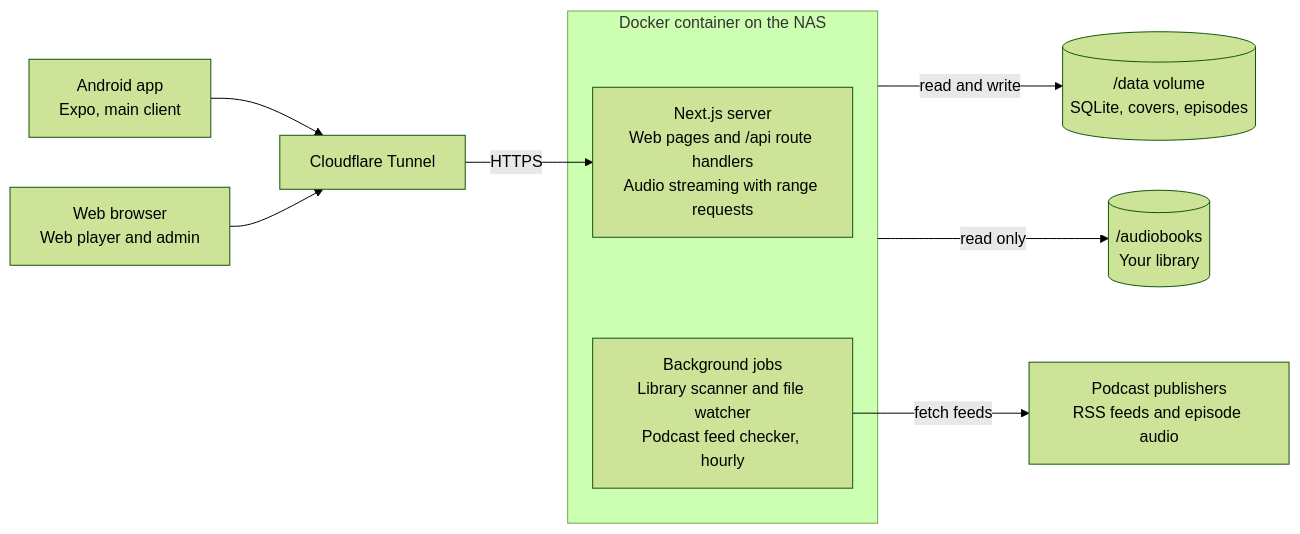
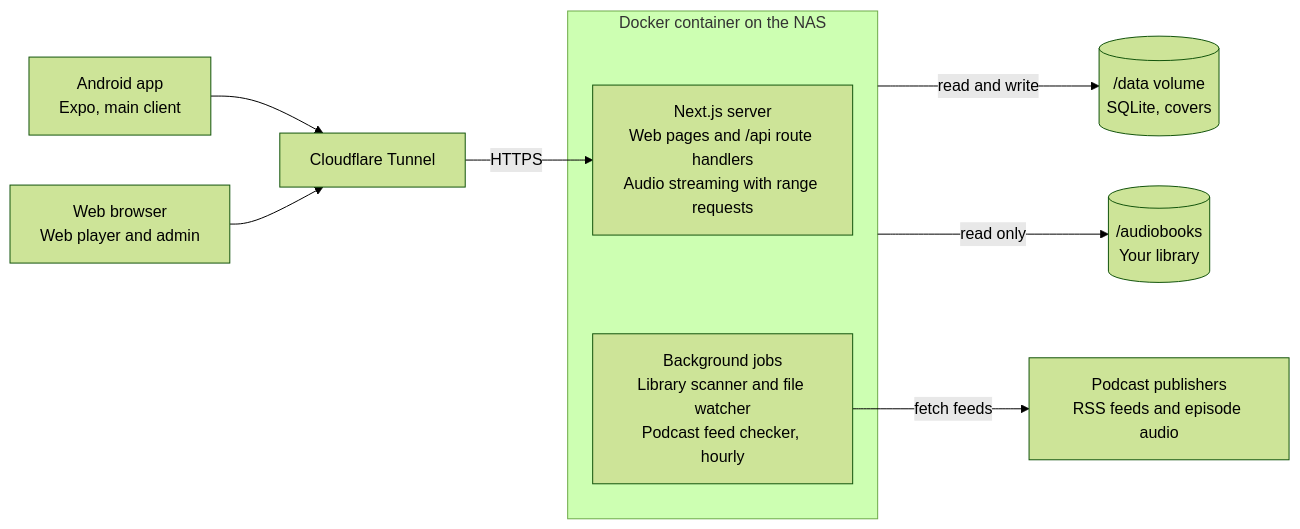
One commit to gholaday/murmur changed the diagram in docs/SPEC.md. Above: the diagram before and after it, drawn with Mermaid (forest theme). The commit also changed other lines of this file and 29 other files, not shown here.

````diff
--- a/docs/SPEC.md
+++ b/docs/SPEC.md
@@ -84,13 +85,13 @@
 ```mermaid
 flowchart LR
   app[Android app<br/>Expo, main client] --> cf[Cloudflare Tunnel]
   web[Web browser<br/>Web player and admin] --> cf
   cf -- HTTPS --> next
   subgraph container[Docker container on the NAS]
     next[Next.js server<br/>Web pages and /api route handlers<br/>Audio streaming with range requests]
     jobs[Background jobs<br/>Library scanner and file watcher<br/>Podcast feed checker, hourly]
   end
-  container -- read and write --> data[(/data volume<br/>SQLite, covers, episodes)]
+  container -- read and write --> data[(/data volume<br/>SQLite, covers)]
   container -- read only --> lib[(/audiobooks<br/>Your library)]
   jobs -- fetch feeds --> pub[Podcast publishers<br/>RSS feeds and episode audio]
 ```
````
